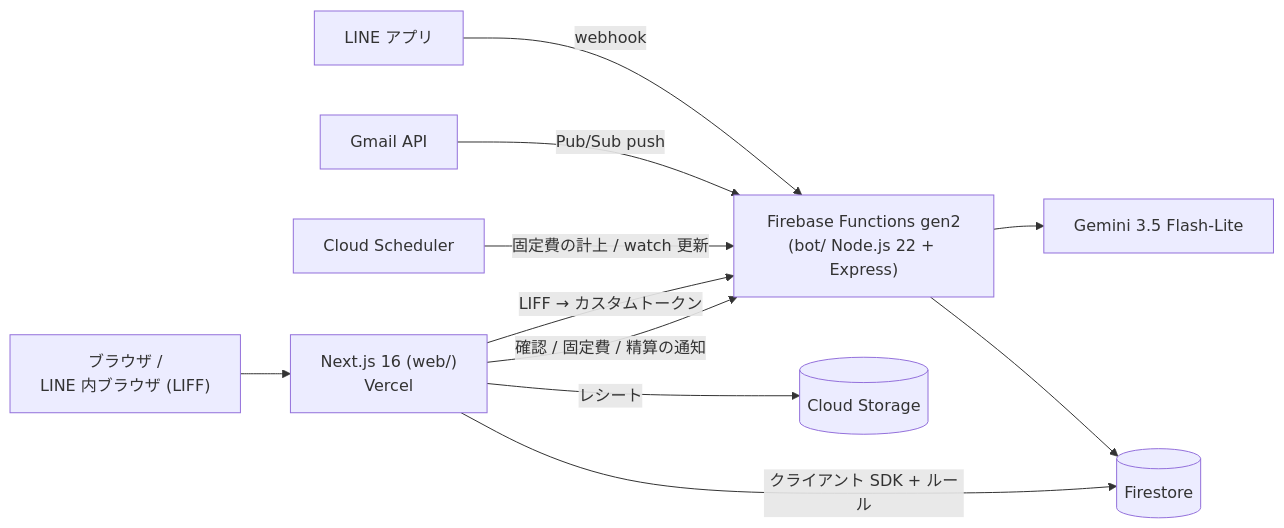
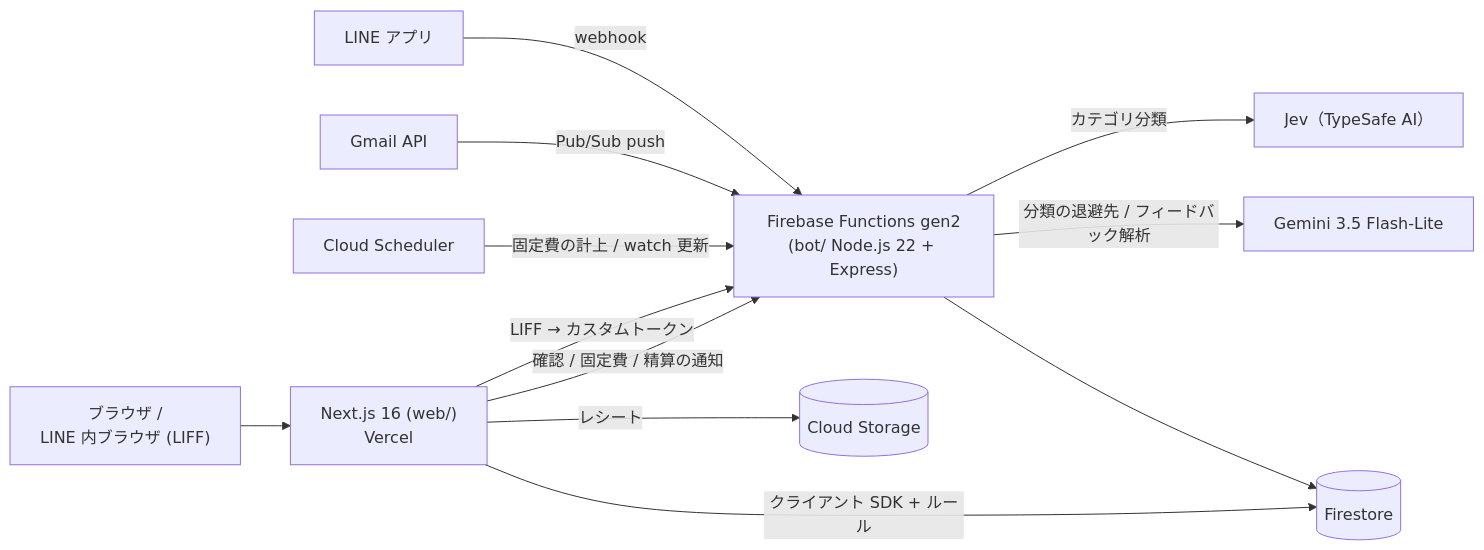
Before and after one commit to Makoto041/line-kakeibo: the diagram in README.md, drawn with Mermaid. The commit also changed other lines of this file and 19 other files, not shown here.

First line of the commit message:
feat(bot): カテゴリ分類を Jev 主・Gemini 退避先にする (#238)

````diff
--- a/README.md
+++ b/README.md
@@ -55,13 +55,14 @@
 ```mermaid
 flowchart LR
     LINE["LINE アプリ"] -->|webhook| Bot["Firebase Functions gen2<br/>(bot/ Node.js 22 + Express)"]
     Gmail["Gmail API"] -->|Pub/Sub push| Bot
     Cron["Cloud Scheduler"] -->|固定費の計上 / watch 更新| Bot
-    Bot --> Gemini["Gemini 3.5 Flash-Lite"]
+    Bot -->|カテゴリ分類| Jev["Jev（TypeSafe AI）"]
+    Bot -->|分類の退避先 / フィードバック解析| Gemini["Gemini 3.5 Flash-Lite"]
     Bot --> FS[("Firestore")]
     Browser["ブラウザ /<br/>LINE 内ブラウザ (LIFF)"] --> Web["Next.js 16 (web/)<br/>Vercel"]
     Web -->|LIFF → カスタムトークン| Bot
     Web -->|クライアント SDK + ルール| FS
     Web -->|レシート| ST[("Cloud Storage")]
     Web -->|確認 / 固定費 / 精算の通知| Bot
 ```
````
